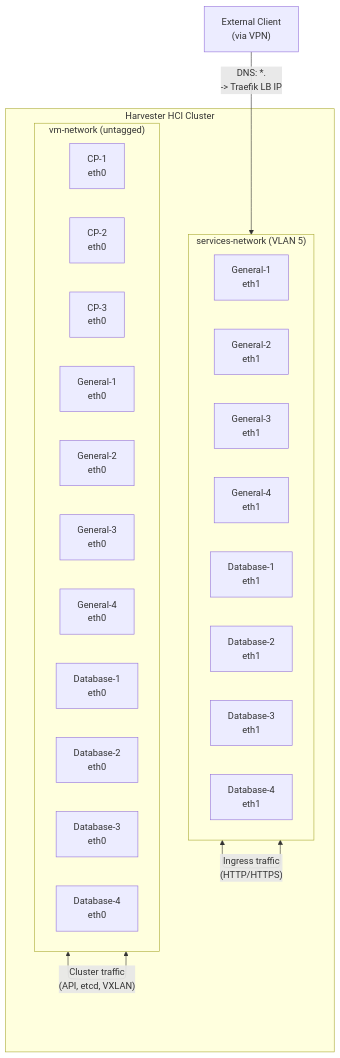
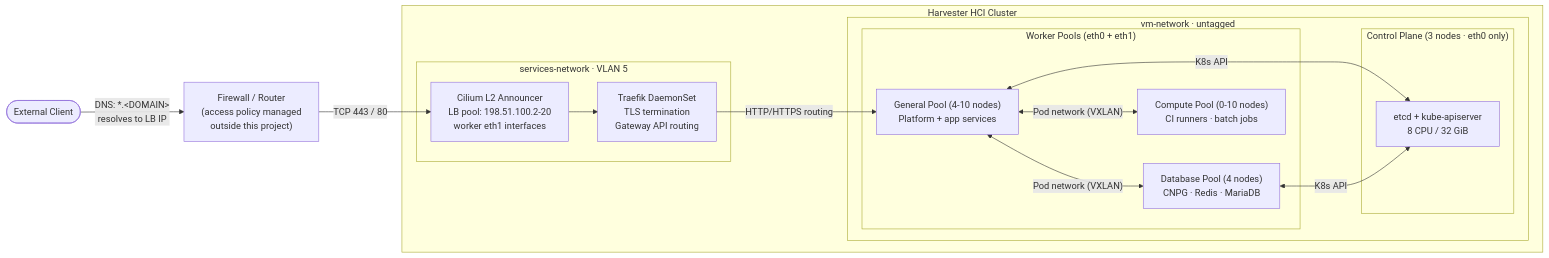
Before and after one commit to derhornspieler/harvester-rke2-platform: the second of 26 diagrams in docs/engineering/system-architecture.md, drawn with Mermaid. The commit also changed other lines of this file and 127 other files, not shown here.

````diff
--- a/docs/engineering/system-architecture.md
+++ b/docs/engineering/system-architecture.md
@@ -124,33 +124,31 @@
 ```mermaid
-graph TD
+graph LR
+    Client(["External Client"]) -->|"DNS: *.&lt;DOMAIN&gt;<br/>resolves to LB IP"| FW["Firewall / Router<br/>(access policy managed<br/>outside this project)"]
+
+    FW -->|"TCP 443 / 80"| LB
+
     subgraph Harvester["Harvester HCI Cluster"]
-        subgraph VMNet["vm-network (untagged)"]
-            CP1["CP-1<br/>eth0"]
-            CP2["CP-2<br/>eth0"]
-            CP3["CP-3<br/>eth0"]
-            W1_e0["General-1<br/>eth0"]
-            W2_e0["General-2<br/>eth0"]
-            W3_e0["General-3<br/>eth0"]
-            W4_e0["General-4<br/>eth0"]
-            DB1_e0["Database-1<br/>eth0"]
-            DB2_e0["Database-2<br/>eth0"]
-            DB3_e0["Database-3<br/>eth0"]
-            DB4_e0["Database-4<br/>eth0"]
+        subgraph SvcNet["services-network · VLAN 5"]
+            LB["Cilium L2 Announcer<br/>LB pool: 198.51.100.2-20<br/>worker eth1 interfaces"]
+            Traefik["Traefik DaemonSet<br/>TLS termination<br/>Gateway API routing"]
+            LB --> Traefik
         end
 
-        subgraph SvcNet["services-network (VLAN 5)"]
-            W1_e1["General-1<br/>eth1"]
-            W2_e1["General-2<br/>eth1"]
-            W3_e1["General-3<br/>eth1"]
-            W4_e1["General-4<br/>eth1"]
-            DB1_e1["Database-1<br/>eth1"]
-            DB2_e1["Database-2<br/>eth1"]
-            DB3_e1["Database-3<br/>eth1"]
-            DB4_e1["Database-4<br/>eth1"]
+        subgraph VMNet["vm-network · untagged"]
+            subgraph CP["Control Plane (3 nodes · eth0 only)"]
+                CPAPI["etcd + kube-apiserver<br/>8 CPU / 32 GiB"]
+            end
+            subgraph Workers["Worker Pools (eth0 + eth1)"]
+                Gen["General Pool (4-10 nodes)<br/>Platform + app services"]
+                DB["Database Pool (4 nodes)<br/>CNPG · Redis · MariaDB"]
+                Compute["Compute Pool (0-10 nodes)<br/>CI runners · batch jobs"]
+            end
         end
     end
 
-    Client["External Client<br/>(via VPN)"] -->|"DNS: *.<DOMAIN><br/>-> Traefik LB IP"| SvcNet
-    VMNet <-->|"Cluster traffic<br/>(API, etcd, VXLAN)"| VMNet
-    SvcNet <-->|"Ingress traffic<br/>(HTTP/HTTPS)"| SvcNet
+    Traefik -->|"HTTP/HTTPS routing"| Gen
+    Gen <-->|"Pod network (VXLAN)"| DB
+    Gen <-->|"Pod network (VXLAN)"| Compute
+    Gen <-->|"K8s API"| CPAPI
+    DB <-->|"K8s API"| CPAPI
 ```
````
